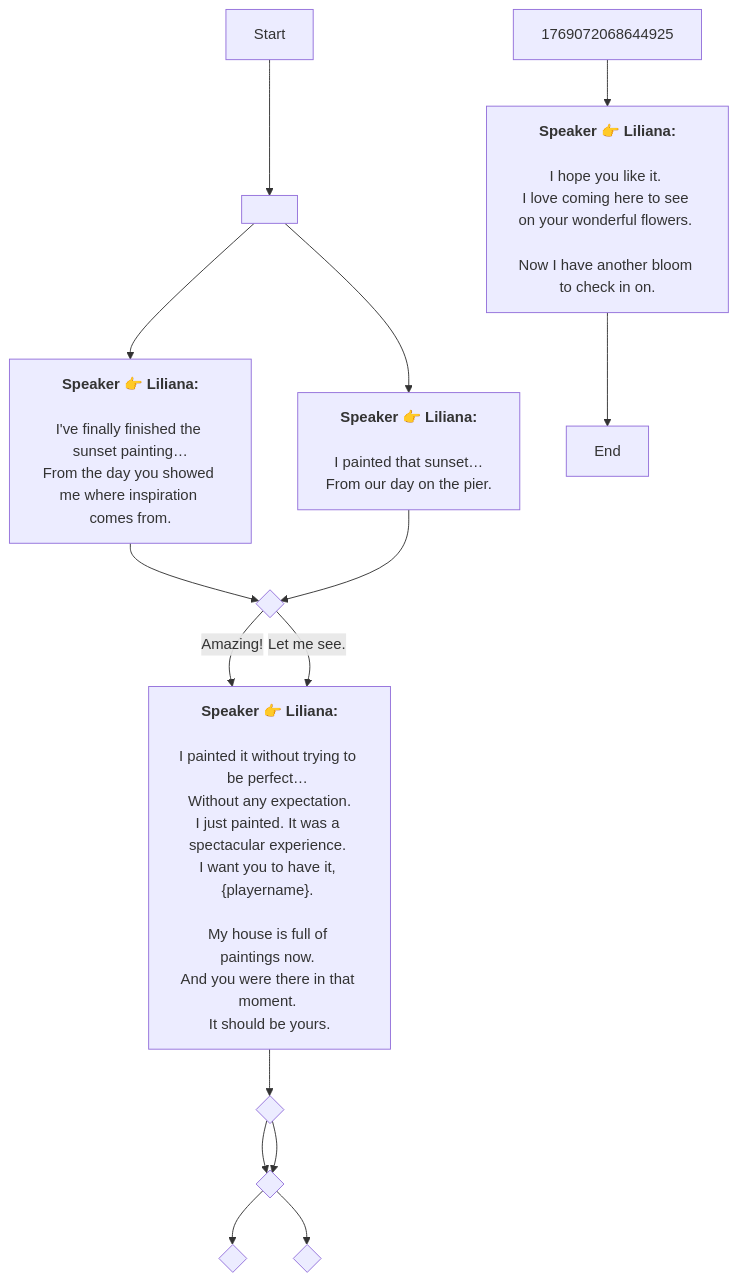
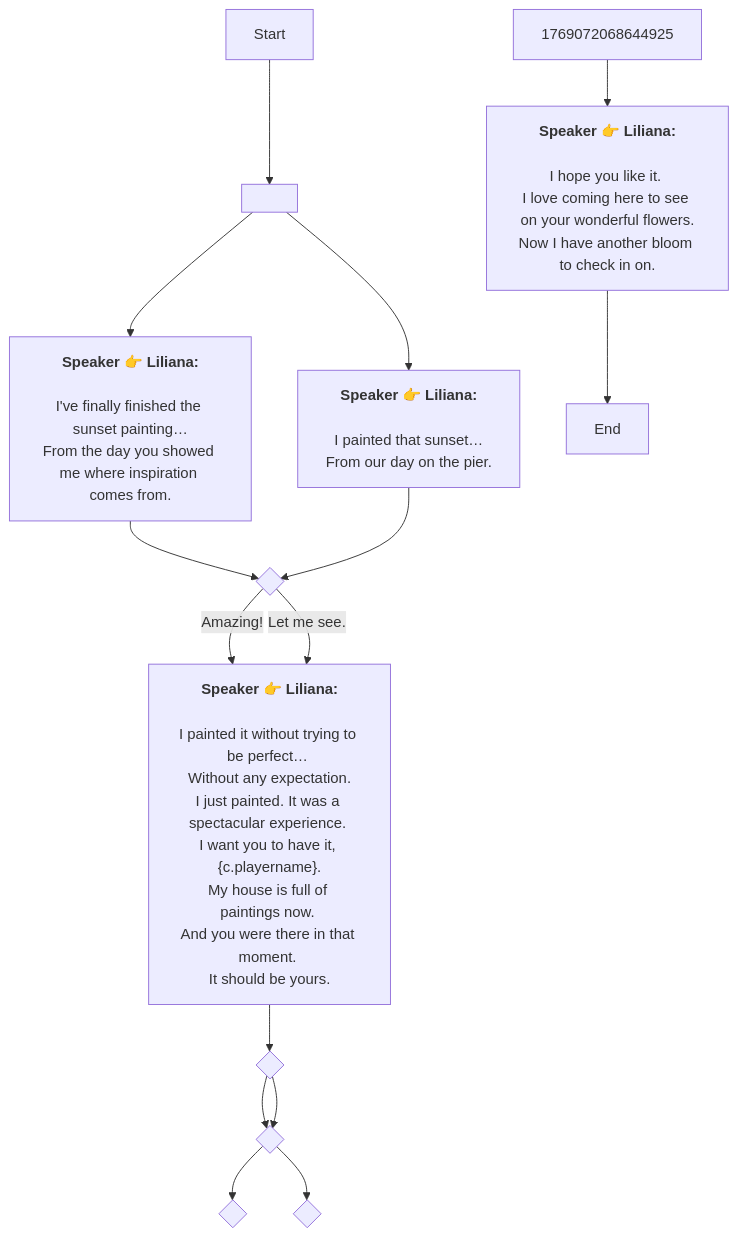
Before and after one commit to SoftHu/tos_avg: the diagram in En/Dialog_55283482638693.md, drawn with Mermaid. The commit also changed 410 other files, not shown here.

````diff
--- a/En/Dialog_55283482638693.md
+++ b/En/Dialog_55283482638693.md
@@ -1,39 +1,34 @@
 ```mermaid
 graph
 Start -->1769071820543015[ ]
 1769071820543015 -->1769071760548902[<b>Speaker 👉 Liliana:</b>
 \nI've finally finished the sunset painting…
 From the day you showed me where inspiration comes from.]
 1769071820543015 -->1769071861997608[<b>Speaker 👉 Liliana:</b>
 \nI painted that sunset…
 From our day on the pier.]
 1769071760548902 -->442267940137225{ }
 1769071941941294 -->1769071990556719{ }
 1769071990556719 -->1769072035351605{ }
 1769071990556719 -->1769072035351605{ }
 1769072035351605 -->1769072008634416{ }
 1769072035351605 -->1769072045749306{ }
 1769072068644925 -->1769072096710718[<b>Speaker 👉 Liliana:</b>
 \nI hope you like it. 
-I love coming here to see on your wonderful flowers. 
-\nNow I have another bloom to check in on.]
+I love coming here to see on your wonderful flowers.\nNow I have another bloom to check in on.]
 1769072096710718 -->1769072246800447[End]
 1769071861997608 -->442267940137225{ }
-442267940137225 -->|Amazing! |1769071941941294[<b>Speaker 👉 Liliana:</b>
+442267940137225 -->|Amazing!|1769071941941294[<b>Speaker 👉 Liliana:</b>
 \nI painted it without trying to be perfect… 
 Without any expectation.\nI just painted. It was a spectacular experience. 
-I want you to have it, &lbrace;playername&rbrace;. 
-\nMy house is full of paintings now. 
+I want you to have it, &lbrace;c.playername&rbrace;.\nMy house is full of paintings now. 
 And you were there in that moment. 
-It should be yours. 
-]
-442267940137225 -->|Let me see.  |1769071941941294[<b>Speaker 👉 Liliana:</b>
+It should be yours.]
+442267940137225 -->|Let me see.|1769071941941294[<b>Speaker 👉 Liliana:</b>
 \nI painted it without trying to be perfect… 
 Without any expectation.\nI just painted. It was a spectacular experience. 
-I want you to have it, &lbrace;playername&rbrace;. 
-\nMy house is full of paintings now. 
+I want you to have it, &lbrace;c.playername&rbrace;.\nMy house is full of paintings now. 
 And you were there in that moment. 
-It should be yours. 
-]
+It should be yours.]
 
 ```
````
